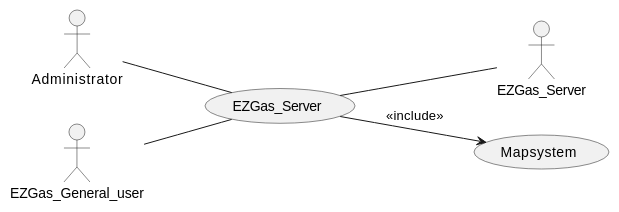
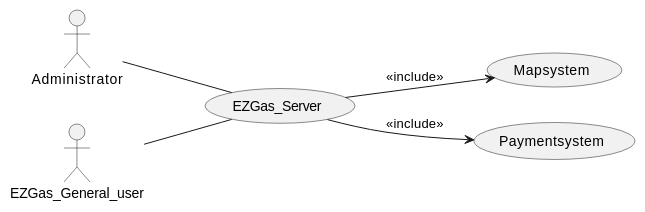
Before and after one commit to SoftengPoliTo/Lab2: the first of 4 diagrams in REQ_s269901.md, drawn with PlantUML. The commit also changed other lines of this file, not shown here.

Commit message:
abstract and stackholder context diagram , interface , stories, change

````diff
--- a/REQ_s269901.md
+++ b/REQ_s269901.md
@@ -50,10 +46,10 @@
 ```plantuml
 left to right direction
 actor Administrator  as a
 actor EZGas_General_user as b
-actor EZGas_Server as c
 a -- (EZGas_Server)
 b -- (EZGas_Server)
 (EZGas_Server) --> (Mapsystem):<<include>>
-(EZGas_Server) -- c
+(EZGas_Server) --> (Paymentsystem):<<include>>
+
 ```
````
